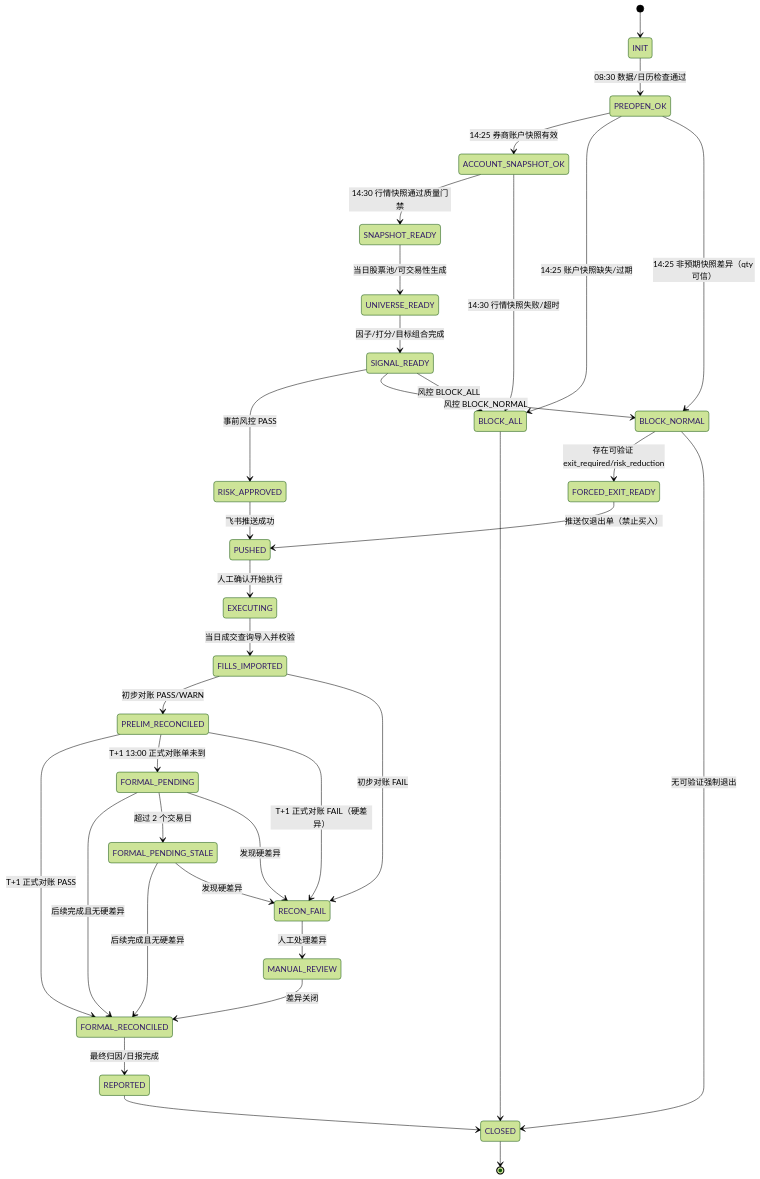
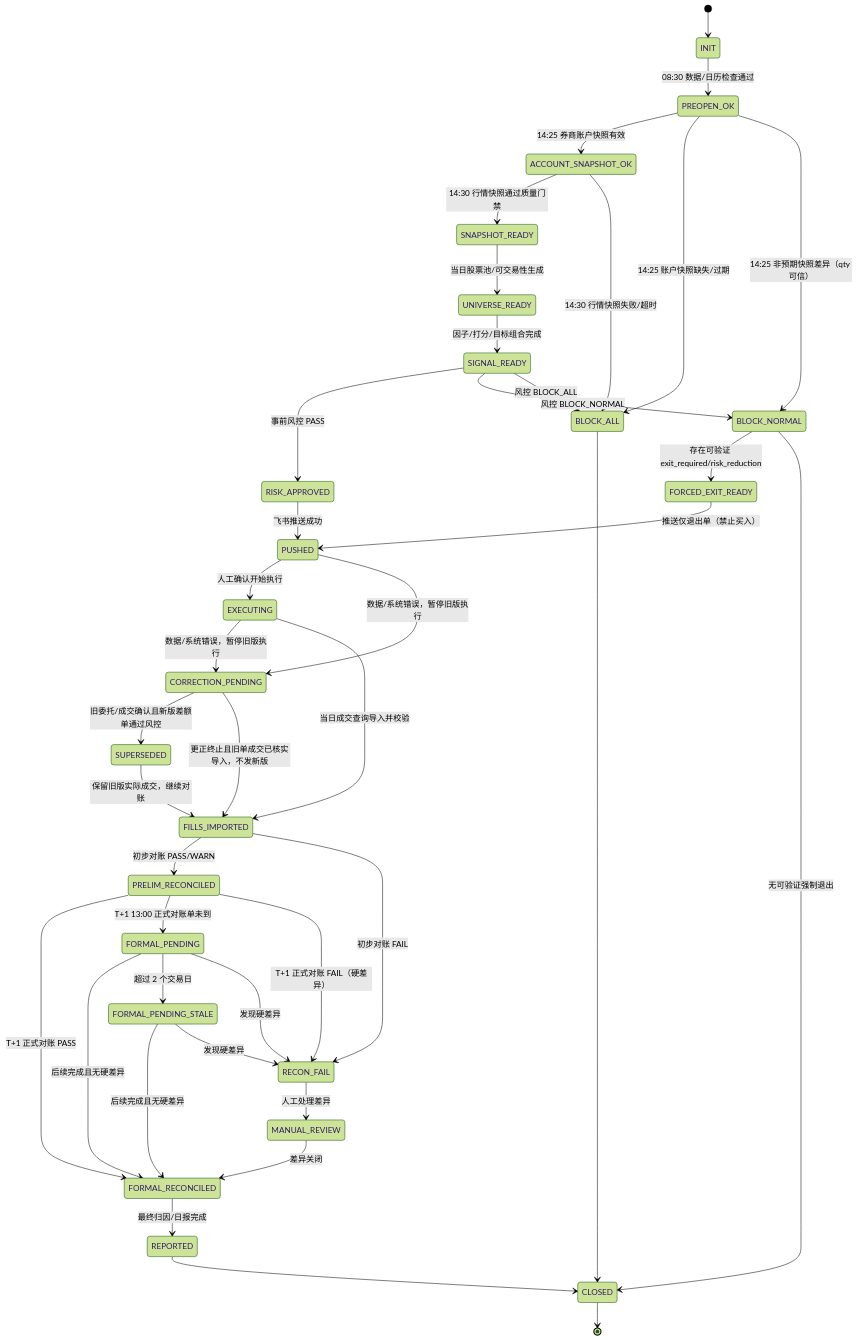
One commit to shanghaitechXHF/quantx changed the third of 3 diagrams in docs/design.md. Above: the diagram before and after it, drawn with Mermaid (forest theme). The commit also changed other lines of this file, not shown here.

````diff
--- a/docs/design.md
+++ b/docs/design.md
@@ -649,37 +663,42 @@
 ```mermaid
 stateDiagram-v2
     [*] --> INIT
     INIT --> PREOPEN_OK: 08:30 数据/日历检查通过
     PREOPEN_OK --> ACCOUNT_SNAPSHOT_OK: 14:25 券商账户快照有效
     PREOPEN_OK --> BLOCK_ALL: 14:25 账户快照缺失/过期
     PREOPEN_OK --> BLOCK_NORMAL: 14:25 非预期快照差异（qty 可信）
     ACCOUNT_SNAPSHOT_OK --> SNAPSHOT_READY: 14:30 行情快照通过质量门禁
     ACCOUNT_SNAPSHOT_OK --> BLOCK_ALL: 14:30 行情快照失败/超时
     SNAPSHOT_READY --> UNIVERSE_READY: 当日股票池/可交易性生成
     UNIVERSE_READY --> SIGNAL_READY: 因子/打分/目标组合完成
     SIGNAL_READY --> RISK_APPROVED: 事前风控 PASS
     SIGNAL_READY --> BLOCK_NORMAL: 风控 BLOCK_NORMAL
     SIGNAL_READY --> BLOCK_ALL: 风控 BLOCK_ALL
     BLOCK_NORMAL --> FORCED_EXIT_READY: 存在可验证 exit_required/risk_reduction
     FORCED_EXIT_READY --> PUSHED: 推送仅退出单（禁止买入）
     RISK_APPROVED --> PUSHED: 飞书推送成功
     PUSHED --> EXECUTING: 人工确认开始执行
+    PUSHED --> CORRECTION_PENDING: 数据/系统错误，暂停旧版执行
+    EXECUTING --> CORRECTION_PENDING: 数据/系统错误，暂停旧版执行
+    CORRECTION_PENDING --> SUPERSEDED: 旧委托/成交确认且新版差额单通过风控
+    CORRECTION_PENDING --> FILLS_IMPORTED: 更正终止且旧单成交已核实导入，不发新版
+    SUPERSEDED --> FILLS_IMPORTED: 保留旧版实际成交，继续对账
     EXECUTING --> FILLS_IMPORTED: 当日成交查询导入并校验
     FILLS_IMPORTED --> PRELIM_RECONCILED: 初步对账 PASS/WARN
     FILLS_IMPORTED --> RECON_FAIL: 初步对账 FAIL
     PRELIM_RECONCILED --> FORMAL_RECONCILED: T+1 正式对账 PASS
     PRELIM_RECONCILED --> FORMAL_PENDING: T+1 13:00 正式对账单未到
     FORMAL_PENDING --> FORMAL_RECONCILED: 后续完成且无硬差异
     FORMAL_PENDING --> FORMAL_PENDING_STALE: 超过 2 个交易日
     FORMAL_PENDING_STALE --> FORMAL_RECONCILED: 后续完成且无硬差异
     FORMAL_PENDING_STALE --> RECON_FAIL: 发现硬差异
     FORMAL_PENDING --> RECON_FAIL: 发现硬差异
     PRELIM_RECONCILED --> RECON_FAIL: T+1 正式对账 FAIL（硬差异）
     FORMAL_RECONCILED --> REPORTED: 最终归因/日报完成
     RECON_FAIL --> MANUAL_REVIEW: 人工处理差异
     MANUAL_REVIEW --> FORMAL_RECONCILED: 差异关闭
     REPORTED --> CLOSED
     BLOCK_NORMAL --> CLOSED: 无可验证强制退出
     BLOCK_ALL --> CLOSED
     CLOSED --> [*]
 ```
````
